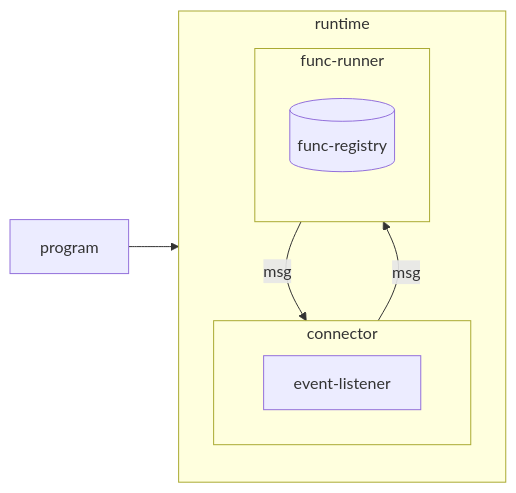
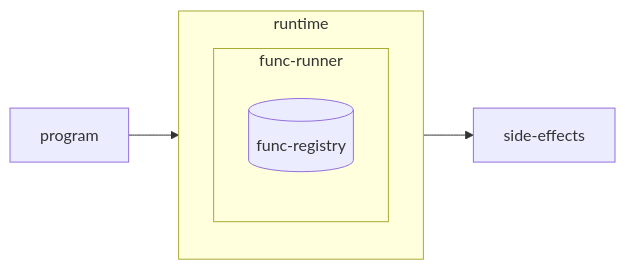
The second of 3 diagrams in ARCHITECTURE.md (nevalang/neva), drawn with Mermaid before and after one commit. The commit also changed other lines of this file and 4 other files, not shown here.

````diff
--- a/ARCHITECTURE.md
+++ b/ARCHITECTURE.md
@@ -43,17 +41,12 @@
 ```mermaid
 flowchart LR
-    program-->runtime
+    program-->runtime-->side-effects
 
     subgraph runtime
-        connector-->|msg|func-runner
-        func-runner-->|msg|connector
-    end
-
-    subgraph connector
-        event-listener
+        func-runner
     end
 
     subgraph func-runner
         func-registry[(func-registry)]
     end
 ```
````
